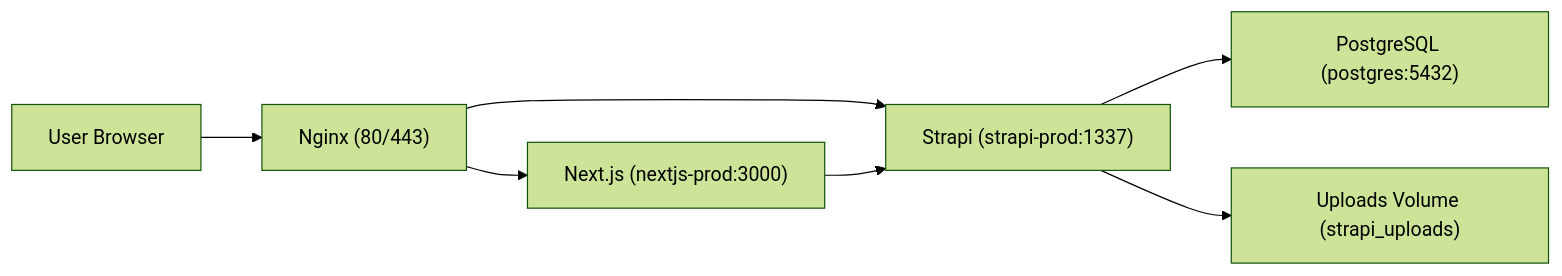
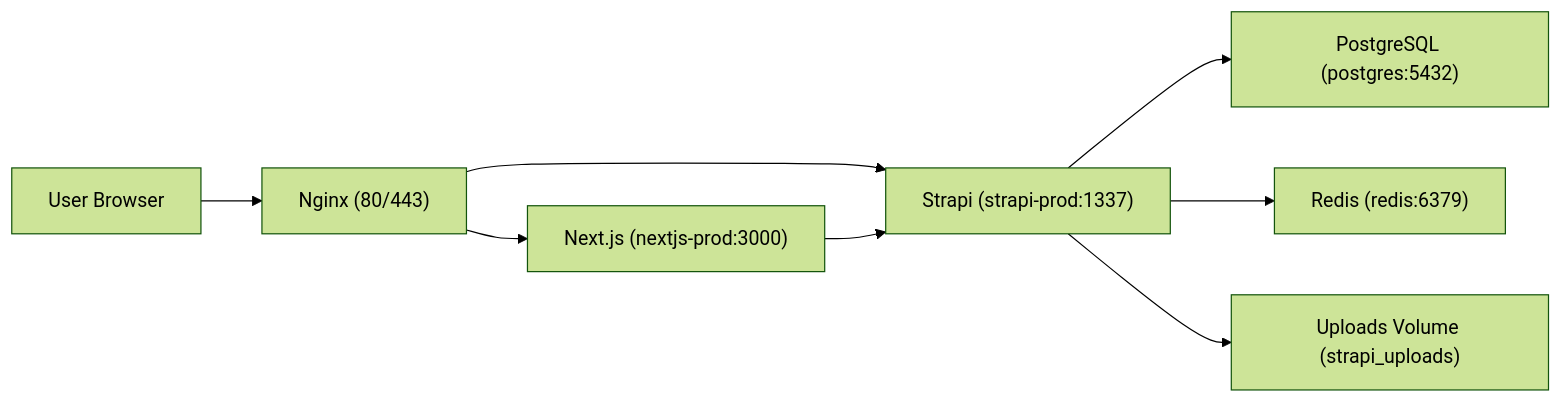
The diagram in docs/ARCHITECTURE.md (lovelycorn/frj-cms), drawn with Mermaid (forest theme) before and after one commit. The commit also changed other lines of this file and 13 other files, not shown here.

````diff
--- a/docs/ARCHITECTURE.md
+++ b/docs/ARCHITECTURE.md
@@ -5,9 +5,10 @@
 ```mermaid
 flowchart LR
   U["User Browser"] --> N["Nginx (80/443)"]
   N --> F["Next.js (nextjs-prod:3000)"]
   N --> S["Strapi (strapi-prod:1337)"]
   F --> S
   S --> P["PostgreSQL (postgres:5432)"]
+  S --> R["Redis (redis:6379)"]
   S --> V["Uploads Volume (strapi_uploads)"]
 ```
````
